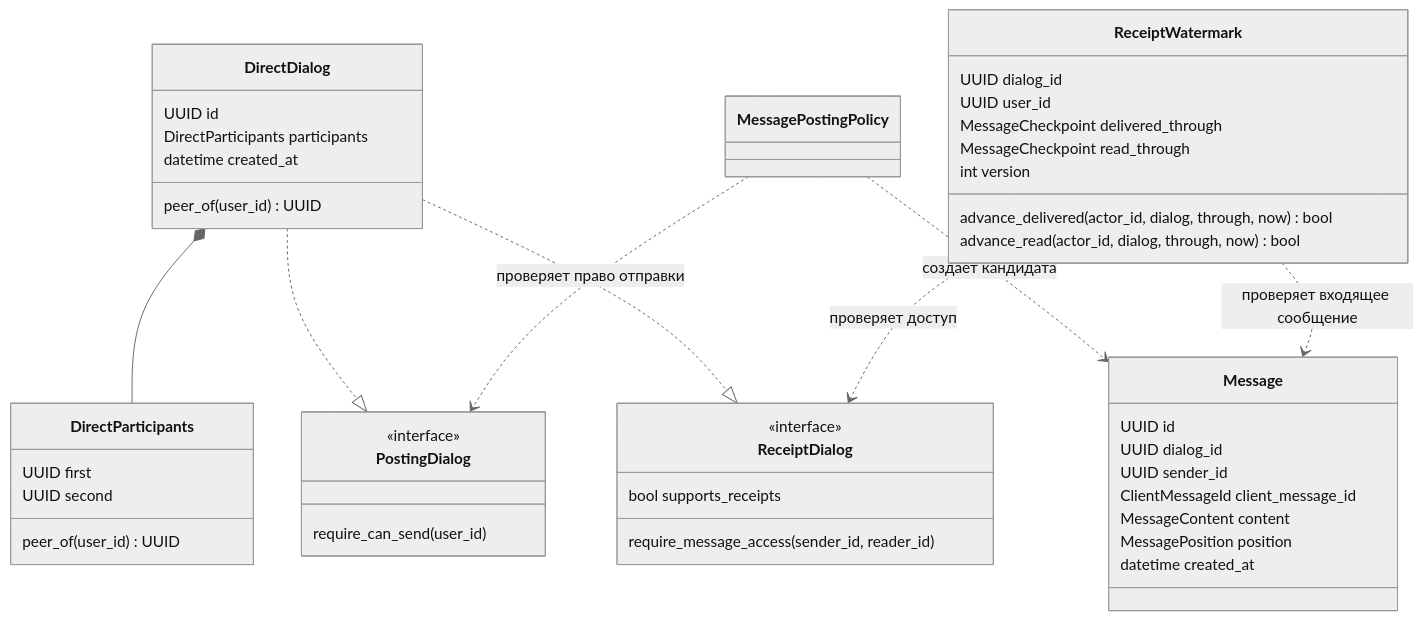
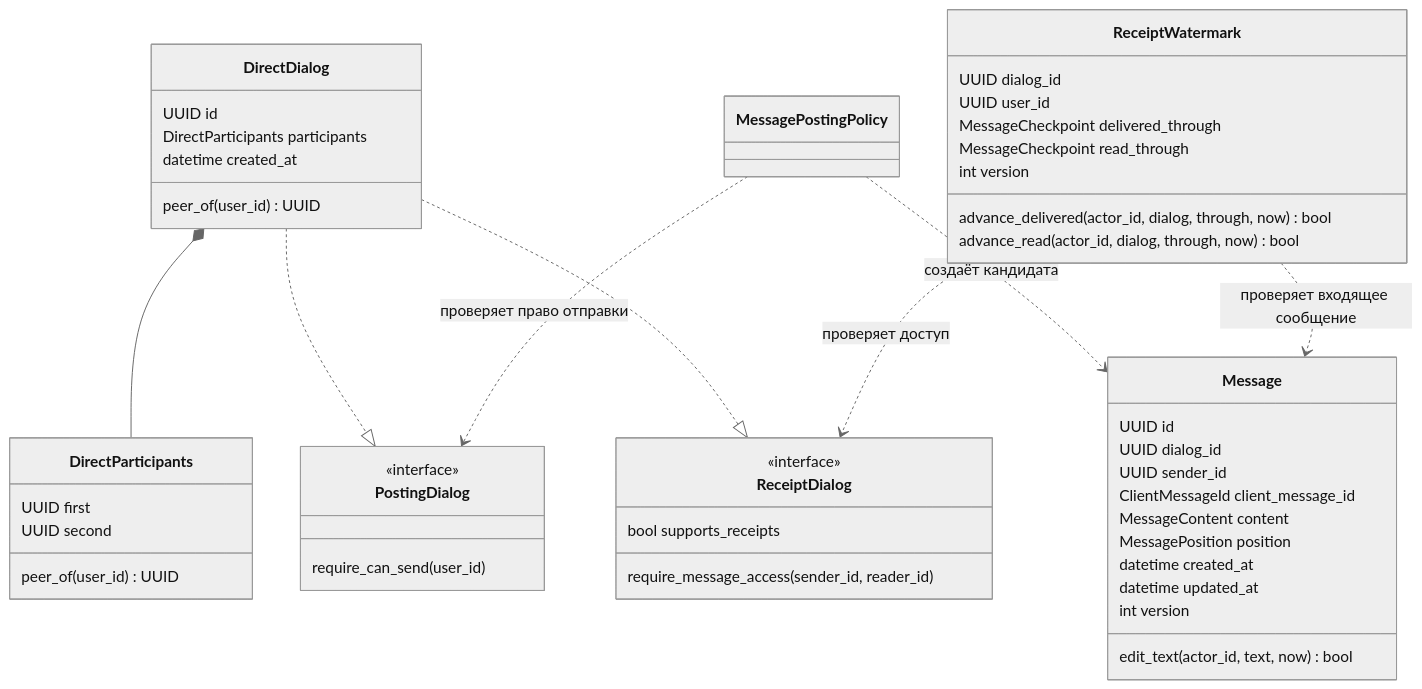
Before and after one commit to yemeal/andruha-messages-dialogues-service: the diagram in docs/domain-model-design-2026-09-18.md, drawn with Mermaid (neutral theme). The commit also changed other lines of this file and 9 other files, not shown here.

````diff
--- a/docs/domain-model-design-2026-09-18.md
+++ b/docs/domain-model-design-2026-09-18.md
@@ -78,49 +81,52 @@
 ```mermaid
 classDiagram
     class DirectParticipants {
         UUID first
         UUID second
         peer_of(user_id) UUID
     }
     class DirectDialog {
         UUID id
         DirectParticipants participants
         datetime created_at
         peer_of(user_id) UUID
     }
     class Message {
         UUID id
         UUID dialog_id
         UUID sender_id
         ClientMessageId client_message_id
         MessageContent content
         MessagePosition position
         datetime created_at
+        datetime updated_at
+        int version
+        edit_text(actor_id, text, now) bool
     }
     class ReceiptWatermark {
         UUID dialog_id
         UUID user_id
         MessageCheckpoint delivered_through
         MessageCheckpoint read_through
         int version
         advance_delivered(actor_id, dialog, through, now) bool
         advance_read(actor_id, dialog, through, now) bool
     }
     class PostingDialog {
         <<interface>>
         require_can_send(user_id)
     }
     class ReceiptDialog {
         <<interface>>
         bool supports_receipts
         require_message_access(sender_id, reader_id)
     }
     class MessagePostingPolicy
     DirectDialog *-- DirectParticipants
     DirectDialog ..|> PostingDialog
     DirectDialog ..|> ReceiptDialog
     MessagePostingPolicy ..> PostingDialog : проверяет право отправки
     MessagePostingPolicy ..> Message : создаёт кандидата
     ReceiptWatermark ..> Message : проверяет входящее сообщение
     ReceiptWatermark ..> ReceiptDialog : проверяет доступ
 ```
````
